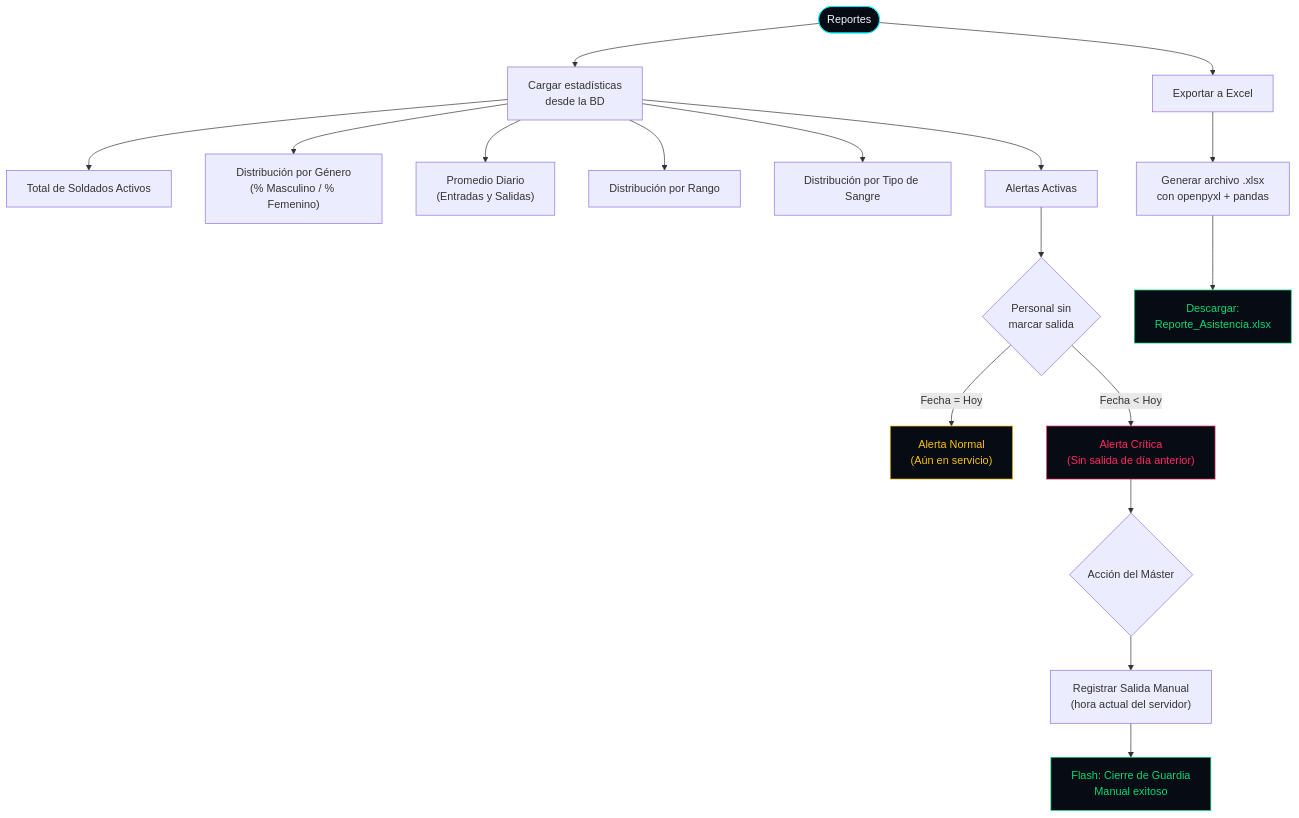
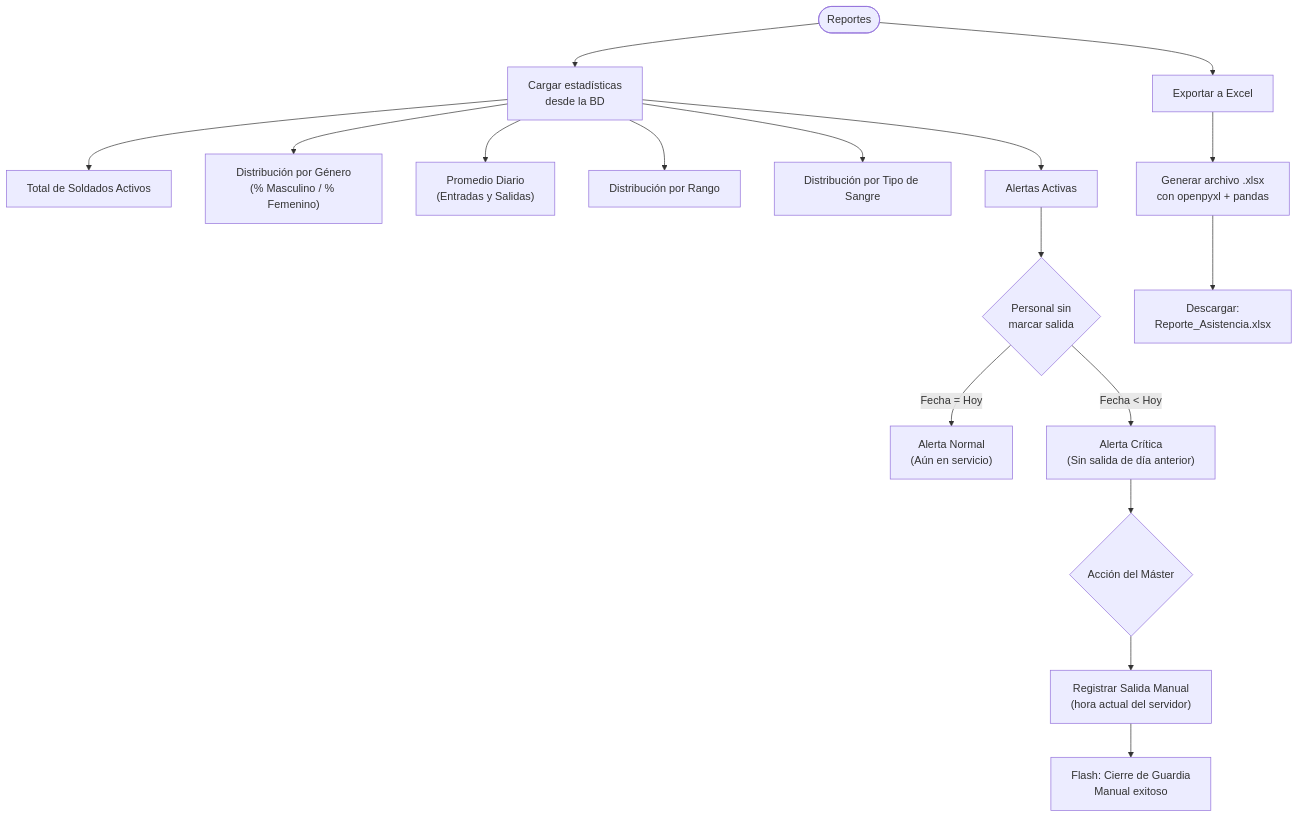
Before and after one commit to rossellcristinacobis2004-cloud/MILFACE: the eighth of 9 diagrams in README.md, drawn with Mermaid. The commit also changed other lines of this file, not shown here.

````diff
--- a/README.md
+++ b/README.md
@@ -455,29 +443,28 @@
 ```mermaid
+---
+config:
+  layout: dagre
+  theme: default
+---
 flowchart TD
     A([ Reportes]) --> B[Cargar estadísticas<br/>desde la BD]
 
     B --> C[Total de Soldados Activos]
     B --> D["Distribución por Género<br/>(% Masculino / % Femenino)"]
     B --> E["Promedio Diario<br/>(Entradas y Salidas)"]
     B --> F[Distribución por Rango]
     B --> G[Distribución por Tipo de Sangre]
     B --> H[Alertas Activas]
 
     H --> I{"Personal sin<br/>marcar salida"}
     I -- "Fecha = Hoy" --> J[" Alerta Normal<br/>(Aún en servicio)"]
     I -- "Fecha < Hoy" --> K[" Alerta Crítica<br/>(Sin salida de día anterior)"]
 
     K --> L{Acción del Máster}
     L --> M["Registrar Salida Manual<br/>(hora actual del servidor)"]
     M --> N[" Flash: Cierre de Guardia<br/>Manual exitoso"]
 
     A --> O[ Exportar a Excel]
     O --> P[Generar archivo .xlsx<br/>con openpyxl + pandas]
     P --> Q[Descargar:<br/>Reporte_Asistencia.xlsx]
-
-    style A fill:#070b14,stroke:#00f2fe,color:#f0f8ff
-    style K fill:#070b14,stroke:#ff2a5f,color:#ff2a5f
-    style J fill:#070b14,stroke:#f8c102,color:#f8c102
-    style N fill:#070b14,stroke:#04d976,color:#04d976
-    style Q fill:#070b14,stroke:#04d976,color:#04d976
 ```
````
